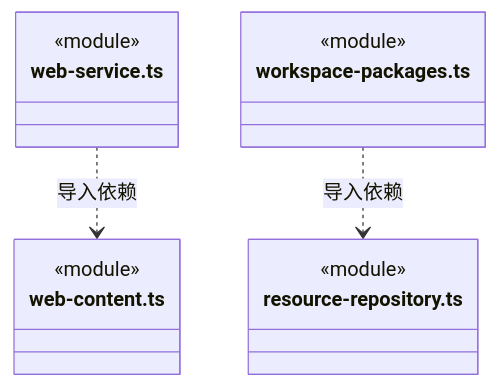
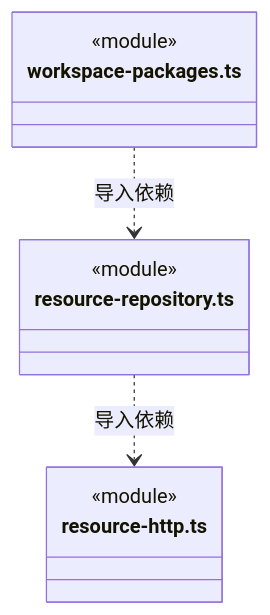
One commit to nan023062/cbim changed diagram 14 of 14 in src/backend/main/resources/ARCHITECTURE.md. Above: the diagram before and after it, drawn with Mermaid. The commit also changed other lines of this file and 971 other files, not shown here.

First line of the commit message:
refactor: align backend source layout with V&B module boundaries

````diff
--- a/src/backend/main/resources/ARCHITECTURE.md
+++ b/src/backend/main/resources/ARCHITECTURE.md
@@ -589,17 +374,14 @@
 ```mermaid
 classDiagram
-class N_src_backend_main_resources_web_service_ts["web-service.ts"] {
+class N_src_backend_main_resources_resource_repository_ts["resource-repository.ts"] {
   <<module>>
 }
-class N_src_backend_main_resources_web_content_ts["web-content.ts"] {
+class N_src_backend_main_resources_resource_http_ts["resource-http.ts"] {
   <<module>>
 }
 class N_src_backend_main_resources_workspace_packages_ts["workspace-packages.ts"] {
   <<module>>
 }
-class N_src_backend_main_resources_resource_repository_ts["resource-repository.ts"] {
-  <<module>>
-}
-N_src_backend_main_resources_web_service_ts ..> N_src_backend_main_resources_web_content_ts : 导入依赖
+N_src_backend_main_resources_resource_repository_ts ..> N_src_backend_main_resources_resource_http_ts : 导入依赖
 N_src_backend_main_resources_workspace_packages_ts ..> N_src_backend_main_resources_resource_repository_ts : 导入依赖
 ```
````
